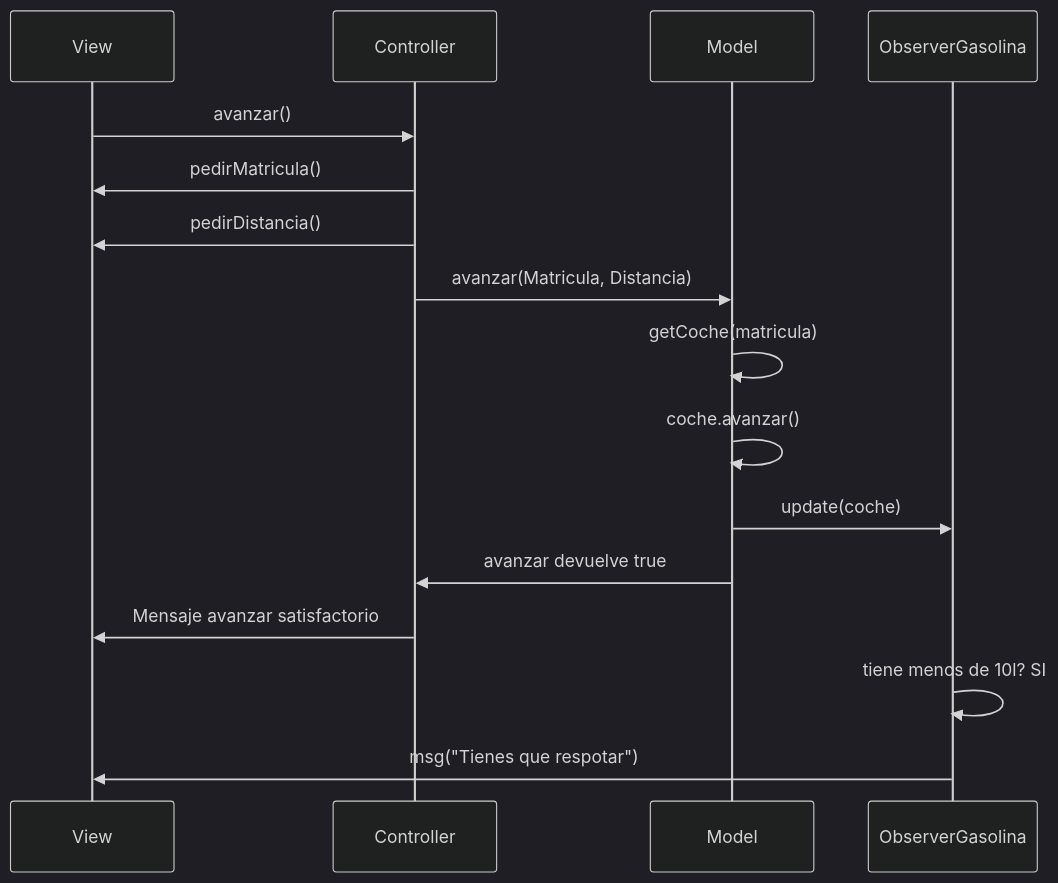
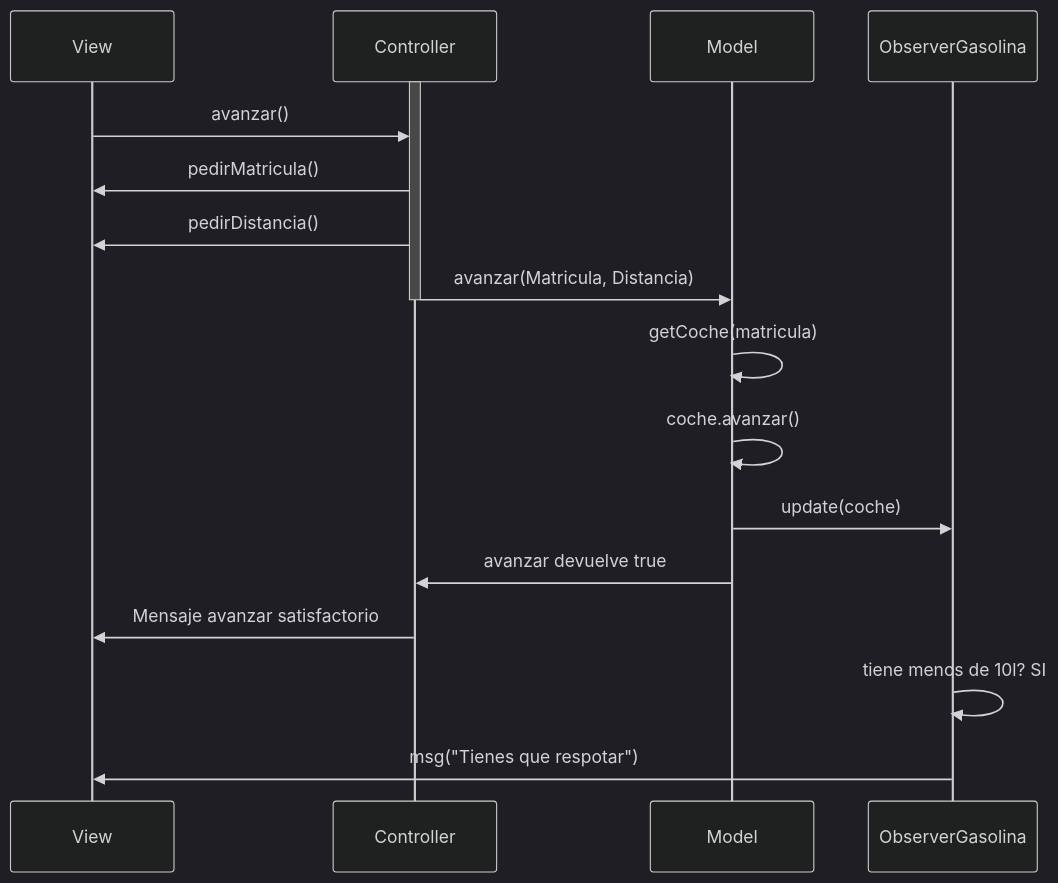
Before and after one commit to antondanielcastelao/MVC_Examen_COD: the second of 2 diagrams in README.md, drawn with Mermaid (dark theme).

Commit message:
activate deactivate

````diff
--- a/README.md
+++ b/README.md
@@ -39,23 +39,22 @@
 ```mermaid
 
 sequenceDiagram
     participant View
     participant Controller
     participant Model
     participant ObserverGasolina
-    
+    activate Controller
     View ->> Controller: avanzar()
     Controller ->> View: pedirMatricula()
     Controller ->> View: pedirDistancia()
     Controller ->> Model: avanzar(Matricula, Distancia)
+    deactivate Controller
     Model ->> Model: getCoche(matricula)
     Model ->> Model: coche.avanzar()
     Model ->> ObserverGasolina: update(coche)
     Model ->> Controller: avanzar devuelve true
     Controller ->> View: Mensaje avanzar satisfactorio
     ObserverGasolina ->> ObserverGasolina: tiene menos de 10l? SI
     ObserverGasolina ->> View: msg("Tienes que respotar")
-    
-    
-    
+
 ```
````
